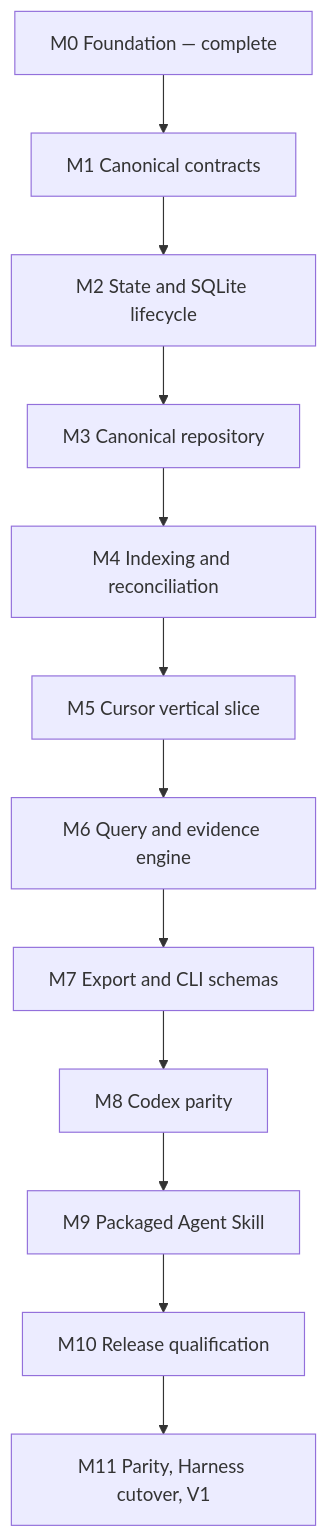
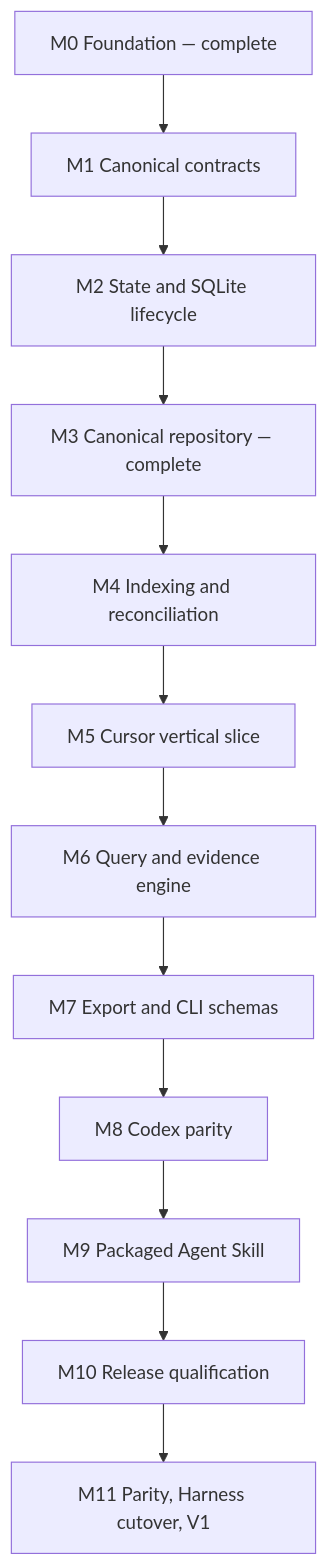
One commit to ferueda/sessions changed the diagram in dev/plans/260713-v1-implementation-roadmap.md. Above: the diagram before and after it, drawn with Mermaid. The commit also changed other lines of this file and 5 other files, not shown here.

Commit message:
docs: document canonical repository

````diff
--- a/dev/plans/260713-v1-implementation-roadmap.md
+++ b/dev/plans/260713-v1-implementation-roadmap.md
@@ -63,14 +65,14 @@
 ```mermaid
 flowchart TD
   M0["M0 Foundation — complete"] --> M1["M1 Canonical contracts"]
   M1 --> M2["M2 State and SQLite lifecycle"]
-  M2 --> M3["M3 Canonical repository"]
+  M2 --> M3["M3 Canonical repository — complete"]
   M3 --> M4["M4 Indexing and reconciliation"]
   M4 --> M5["M5 Cursor vertical slice"]
   M5 --> M6["M6 Query and evidence engine"]
   M6 --> M7["M7 Export and CLI schemas"]
   M7 --> M8["M8 Codex parity"]
   M8 --> M9["M9 Packaged Agent Skill"]
   M9 --> M10["M10 Release qualification"]
   M10 --> M11["M11 Parity, Harness cutover, V1"]
 ```
````
